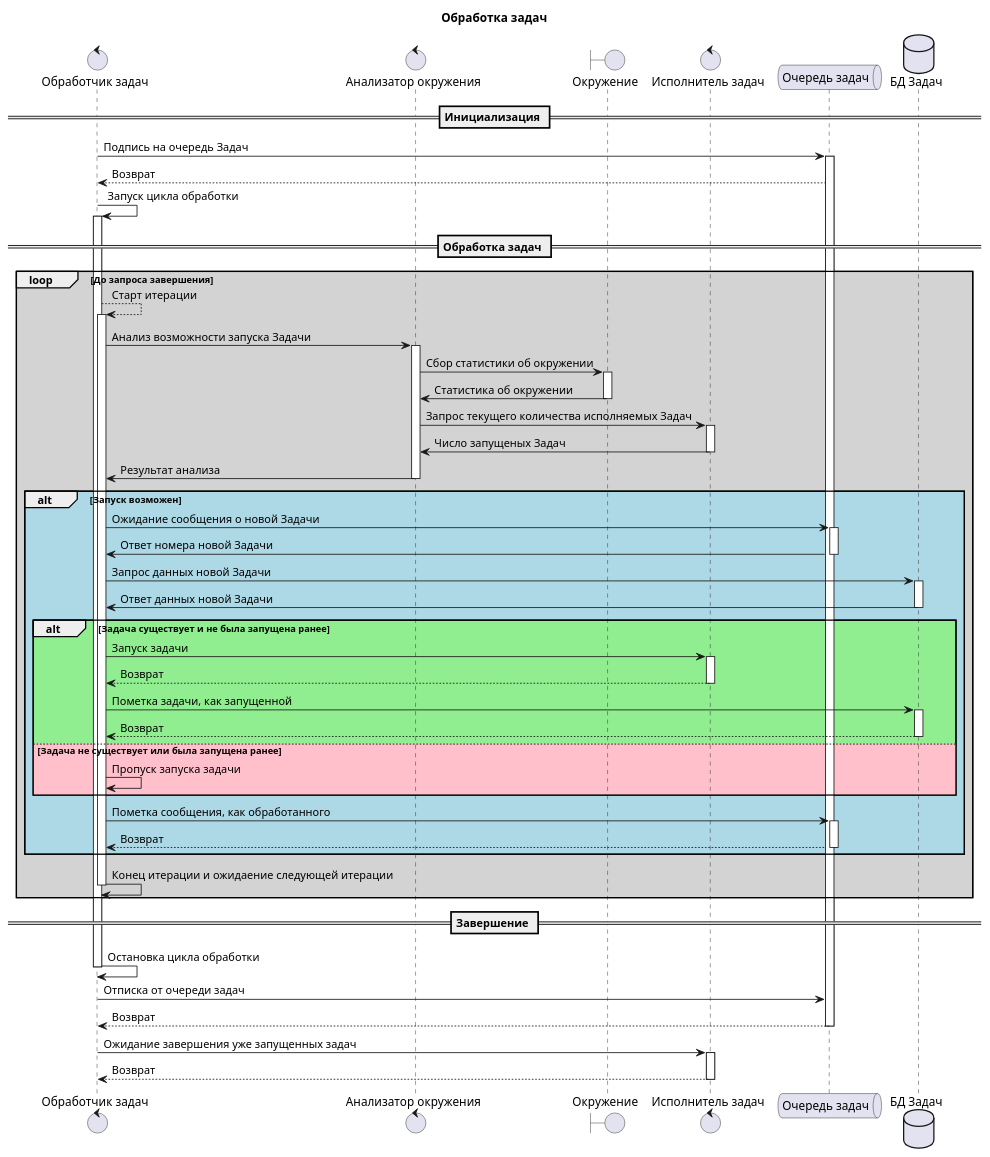
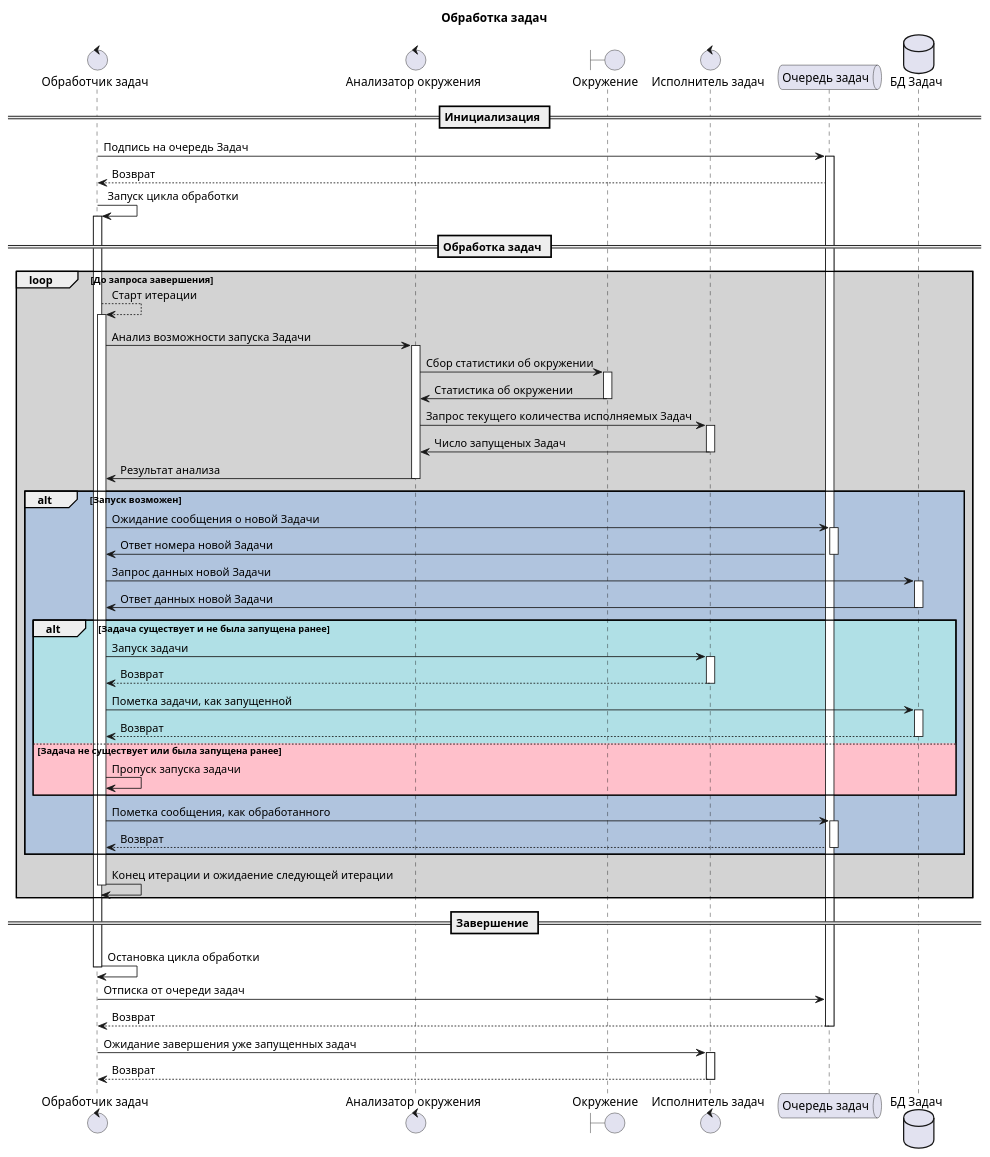
The first of 2 diagrams in docs/diagrams/sequence/Job.Worker.puml (mrypdm/JobSystem), drawn with PlantUML before and after one commit. The commit also changed other lines of this file and 2 other files, not shown here.

```diff
--- a/docs/diagrams/sequence/Job.Worker.puml
+++ b/docs/diagrams/sequence/Job.Worker.puml
@@ -1,69 +1,69 @@
 @startuml Worker loop
 
 title Обработка задач
 
 control "Обработчик задач" as WORKER
 control "Анализатор окружения" as ENV_AN
 boundary "Окружение" as ENV
 control "Исполнитель задач" as RUNNER
 queue "Очередь задач" as KAFKA
 database "БД Задач" as DB
 
 == Инициализация ==
 
 WORKER -> KAFKA++: Подпись на очередь Задач
 KAFKA --> WORKER: Возврат
 WORKER -> WORKER++: Запуск цикла обработки
 
 == Обработка задач ==
 
 loop #LightGray До запроса завершения
 
 WORKER --> WORKER++: Старт итерации
 WORKER -> ENV_AN++: Анализ возможности запуска Задачи
 
 ENV_AN -> ENV++: Сбор статистики об окружении
 ENV -> ENV_AN--: Статистика об окружении
 ENV_AN -> RUNNER++: Запрос текущего количества исполняемых Задач
 RUNNER -> ENV_AN--: Число запущеных Задач
 ENV_AN -> WORKER--: Результат анализа
 
-alt #LightBlue Запуск возможен
+alt #LightSteelBlue Запуск возможен
 
     WORKER -> KAFKA++: Ожидание сообщения о новой Задачи
     KAFKA -> WORKER--: Ответ номера новой Задачи
     WORKER -> DB++: Запрос данных новой Задачи
     DB -> WORKER--: Ответ данных новой Задачи
 
-    alt #LightGreen Задача существует и не была запущена ранее
+    alt #PowderBlue Задача существует и не была запущена ранее
 
         WORKER -> RUNNER++: Запуск задачи
         RUNNER --> WORKER--: Возврат
 
         WORKER -> DB++: Пометка задачи, как запущенной
         DB --> WORKER--: Возврат
 
     else #Pink Задача не существует или была запущена ранее
 
         WORKER -> WORKER: Пропуск запуска задачи
 
     end
 
     WORKER -> KAFKA++: Пометка сообщения, как обработанного
     KAFKA --> WORKER--: Возврат
 
 end
 
     WORKER -> WORKER--: Конец итерации и ожидаение следующей итерации
 
 end
 
 == Завершение ==
 
 WORKER -> WORKER--: Остановка цикла обработки
 WORKER -> KAFKA: Отписка от очереди задач
 KAFKA --> WORKER--: Возврат
 WORKER -> RUNNER++: Ожидание завершения уже запущенных задач
 RUNNER --> WORKER--: Возврат
 
 @enduml
```
